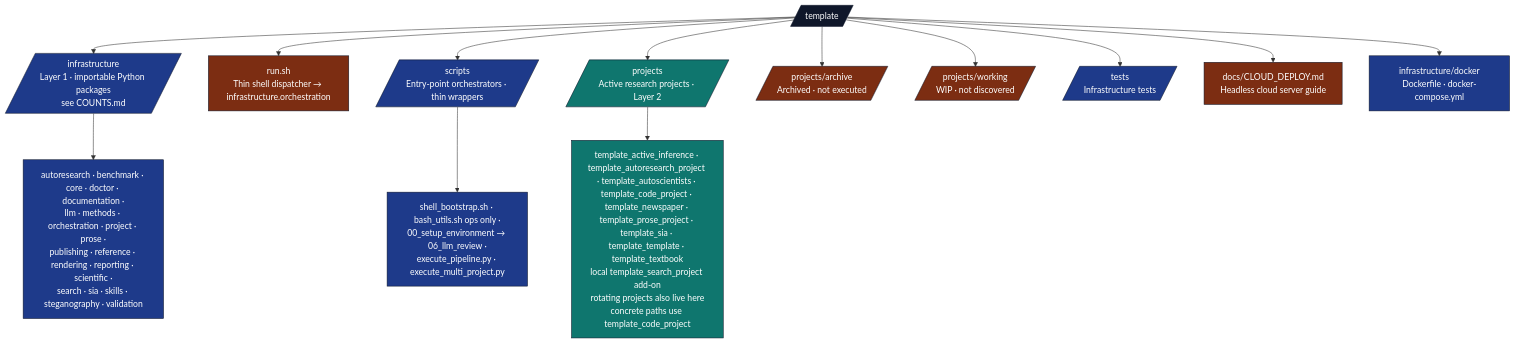
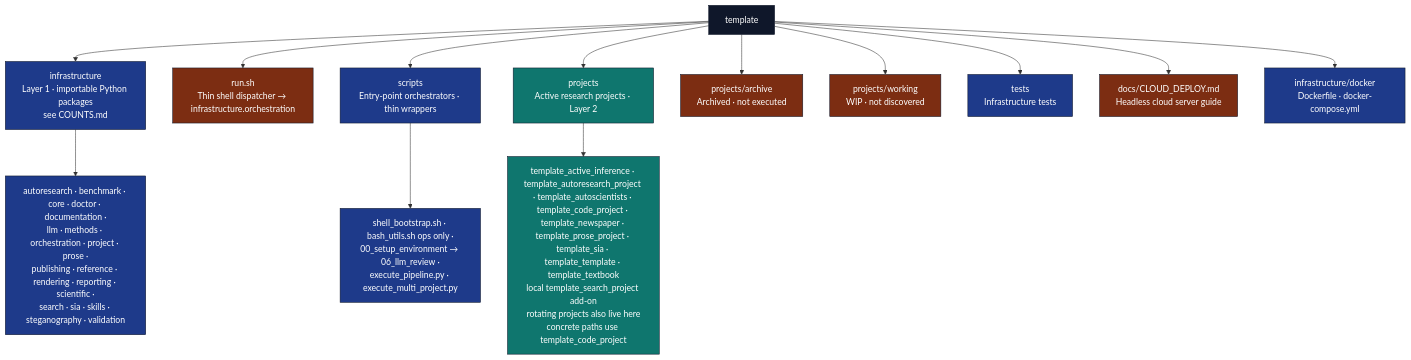
One commit to docxology/template changed the diagram in docs/PAI.md. Above: the diagram before and after it, drawn with Mermaid. The commit also changed 94 other files, not shown here.

````diff
--- a/docs/PAI.md
+++ b/docs/PAI.md
@@ -69,28 +69,28 @@
 ```mermaid
 flowchart TB
-    ROOT[/template/]
-    ROOT --> INFRA[/infrastructure<br/>Layer 1 · importable Python packages<br/>see COUNTS.md/]
+    ROOT[template]
+    ROOT --> INFRA[infrastructure<br/>Layer 1 · importable Python packages<br/>see COUNTS.md]
     ROOT --> RUN[run.sh<br/>Thin shell dispatcher → infrastructure.orchestration]
-    ROOT --> SCR[/scripts<br/>Entry-point orchestrators · thin wrappers/]
-    ROOT --> PROJ[/projects<br/>Active research projects · Layer 2/]
-    ROOT --> ARCH[/projects/archive<br/>Archived · not executed/]
-    ROOT --> WIP[/projects/working<br/>WIP · not discovered/]
-    ROOT --> T[/tests<br/>Infrastructure tests/]
+    ROOT --> SCR[scripts<br/>Entry-point orchestrators · thin wrappers]
+    ROOT --> PROJ[projects<br/>Active research projects · Layer 2]
+    ROOT --> ARCH[projects/archive<br/>Archived · not executed]
+    ROOT --> WIP[projects/working<br/>WIP · not discovered]
+    ROOT --> T[tests<br/>Infrastructure tests]
     ROOT --> DOCS[docs/CLOUD_DEPLOY.md<br/>Headless cloud server guide]
     ROOT --> DOCKER[infrastructure/docker<br/>Dockerfile · docker-compose.yml]
 
     INFRA --> INFRA_PKGS[autoresearch · benchmark · core · doctor · documentation ·<br/>llm · methods · orchestration · project · prose ·<br/>publishing · reference · rendering · reporting · scientific ·<br/>search · sia · skills · steganography · validation]
 
     SCR --> SCR_FILES[shell_bootstrap.sh · bash_utils.sh ops only ·<br/>00_setup_environment → 06_llm_review ·<br/>execute_pipeline.py · execute_multi_project.py]
 
     PROJ --> PROJ_F["template_active_inference · template_autoresearch_project · template_autoscientists · template_code_project · template_newspaper · template_prose_project · template_sia · template_template · template_textbook<br/>local template_search_project add-on<br/>rotating projects also live here<br/>concrete paths use template_code_project"]
 
     classDef root fill:#0f172a,stroke:#0f172a,color:#fff
     classDef l1 fill:#1e3a8a,stroke:#0f172a,color:#fff
     classDef l2 fill:#0f766e,stroke:#0f172a,color:#fff
     classDef gen fill:#7c2d12,stroke:#0f172a,color:#fff
     class ROOT root
     class INFRA,SCR,T,DOCKER,INFRA_PKGS,SCR_FILES l1
     class PROJ,PROJ_F l2
     class ARCH,WIP,DOCS,RUN gen
 ```
````
